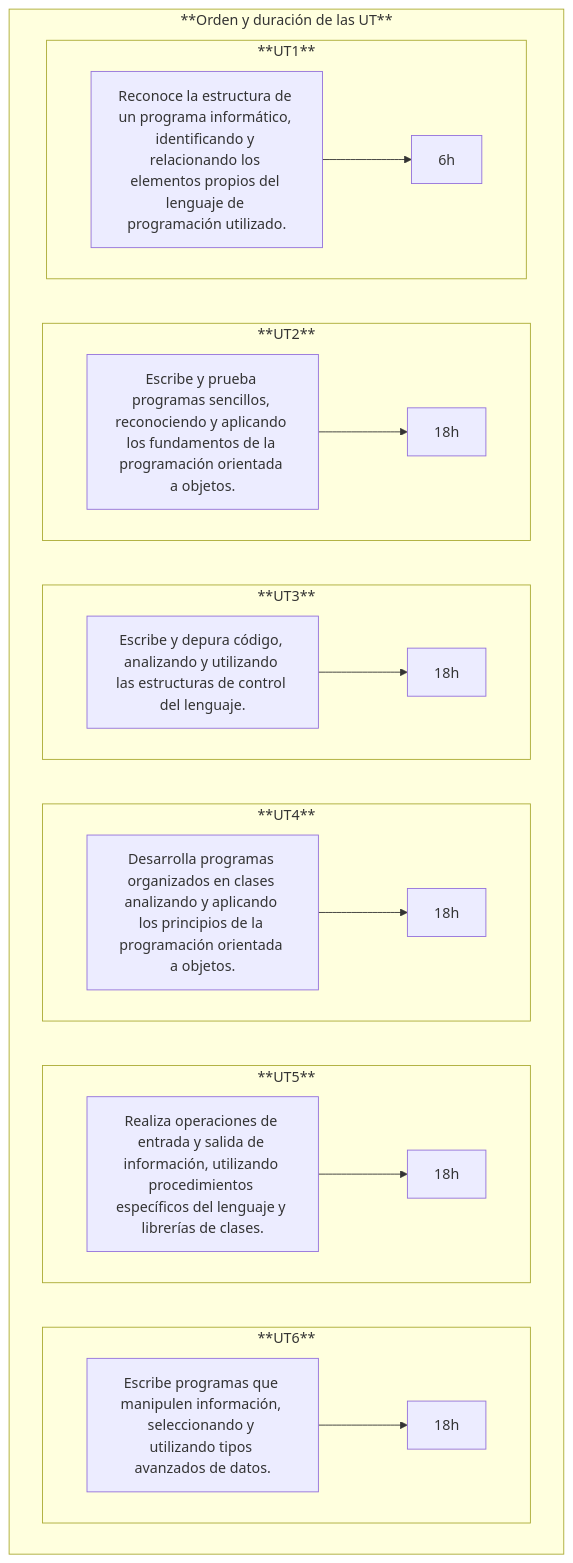
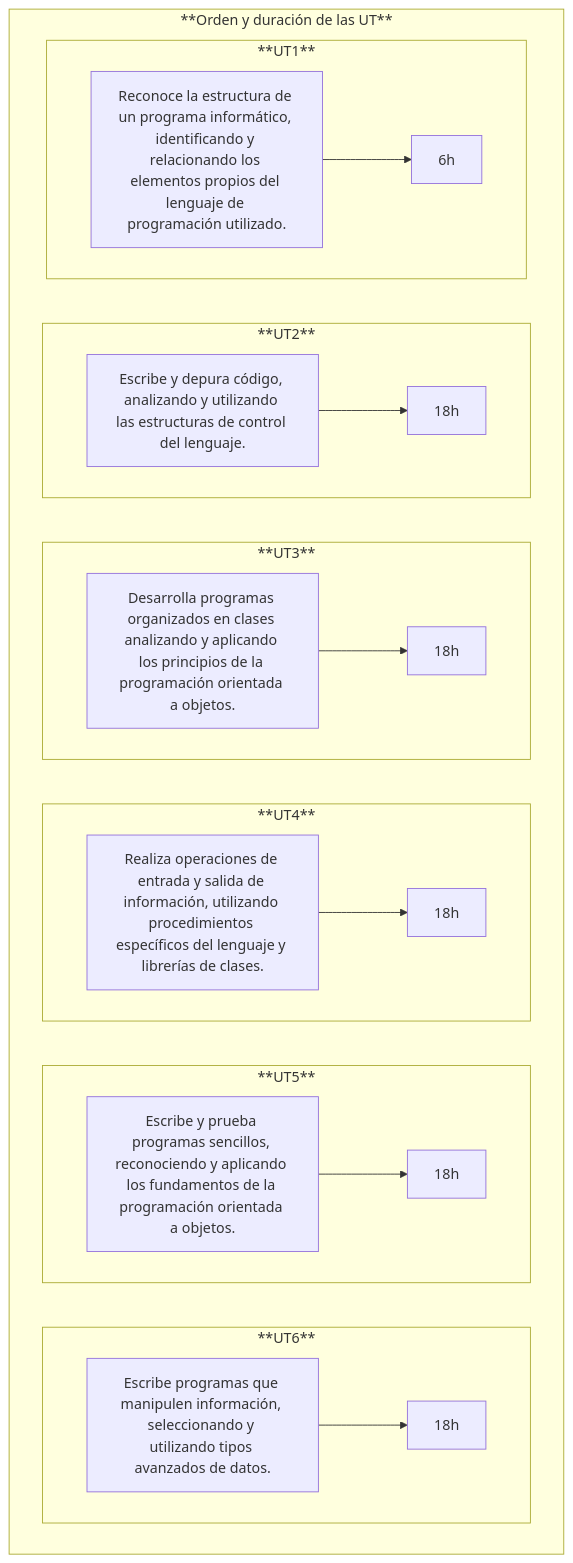
Before and after one commit to javieregeablasco/Apuntes: the diagram in docs/SMX/SMX_2/Opt_Python/00_Temario.md, drawn with Mermaid. The commit also changed 6 other files, not shown here.

````diff
--- a/docs/SMX/SMX_2/Opt_Python/00_Temario.md
+++ b/docs/SMX/SMX_2/Opt_Python/00_Temario.md
@@ -263,49 +263,50 @@
 ```mermaid
 flowchart TB 
   A["Reconoce la estructura de un programa informático, identificando y relacionando los elementos propios del lenguaje de programación utilizado."]
-  B["Escribe y prueba programas sencillos, reconociendo y aplicando los fundamentos de la programación orientada a objetos."]
   C["Escribe y depura código, analizando y utilizando las estructuras de control del lenguaje."]
-  D["Desarrolla programas organizados en clases analizando y aplicando los principios de la programación orientada a objetos."]
   E["Realiza operaciones de entrada y salida de información, utilizando procedimientos específicos del lenguaje y librerías de clases."]
   F["Escribe programas que manipulen información, seleccionando y utilizando tipos avanzados de datos."]
+  B["Escribe y prueba programas sencillos, reconociendo y aplicando los fundamentos de la programación orientada a objetos."]
+  D["Desarrolla programas organizados en clases analizando y aplicando los principios de la programación orientada a objetos."]
   AA["6h"]
   BB["18h"]
   CC["18h"]
   DD["18h"]
   EE["18h"]
   FF["18h"]
   
   subgraph **Orden y duración de las UT**
 
     subgraph **UT6**  
       direction LR
       F --> FF
     end
     
-    subgraph **UT5**  
+    subgraph **UT5** 
+      direction LR
+      B --> BB
+    end
+
+    subgraph **UT4**  
       direction LR
       E --> EE
     end
     
-    subgraph **UT4**  
+    subgraph **UT3**  
       direction LR
       D --> DD
     end
     
-    subgraph **UT3**  
+    subgraph **UT2**  
       direction LR
       C --> CC
     end
 
-    subgraph **UT2** 
-      direction LR
-      B --> BB
-    end  
 
     subgraph **UT1** 
       direction LR
       A --> AA
     end
 
   end
 ```
````
